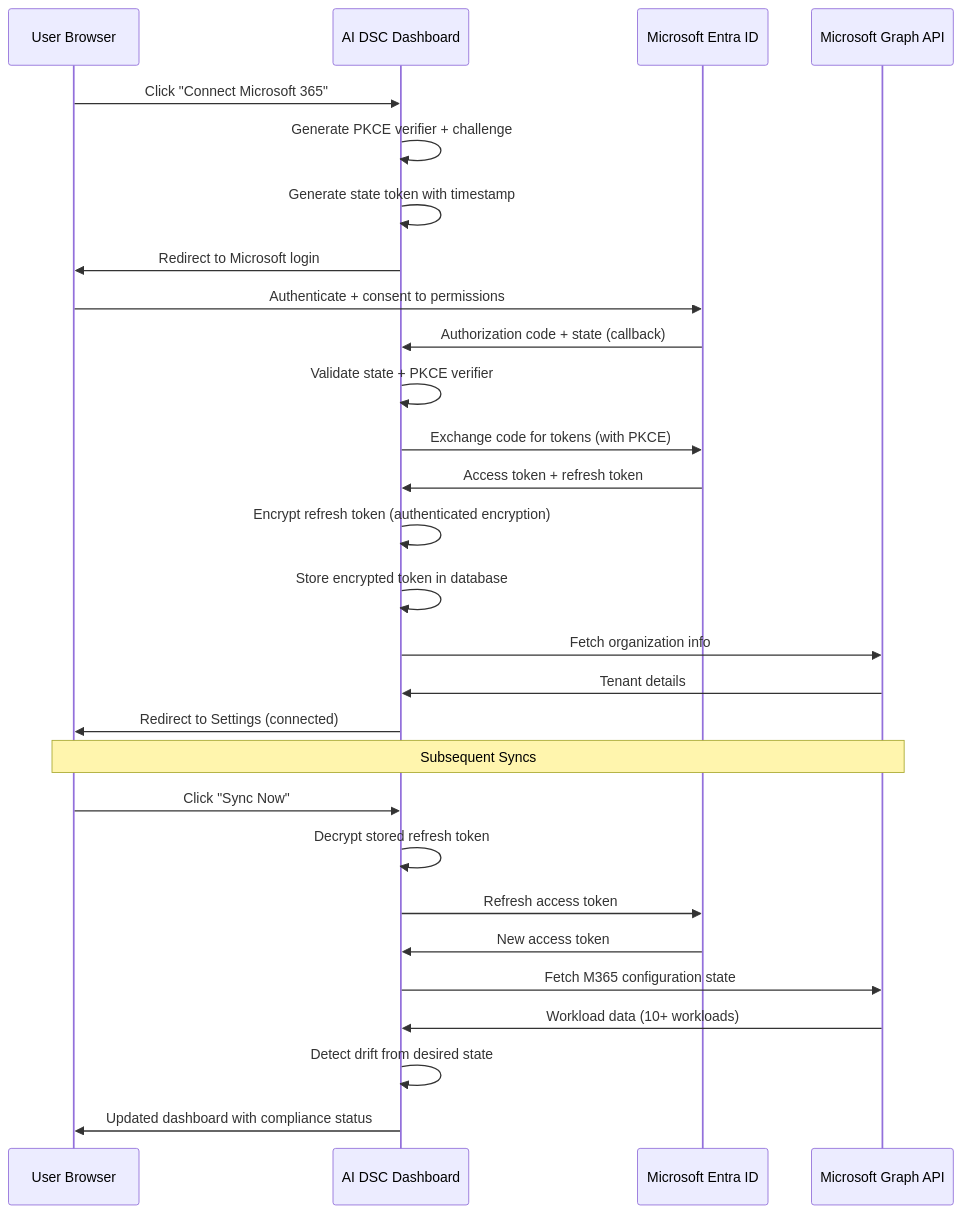
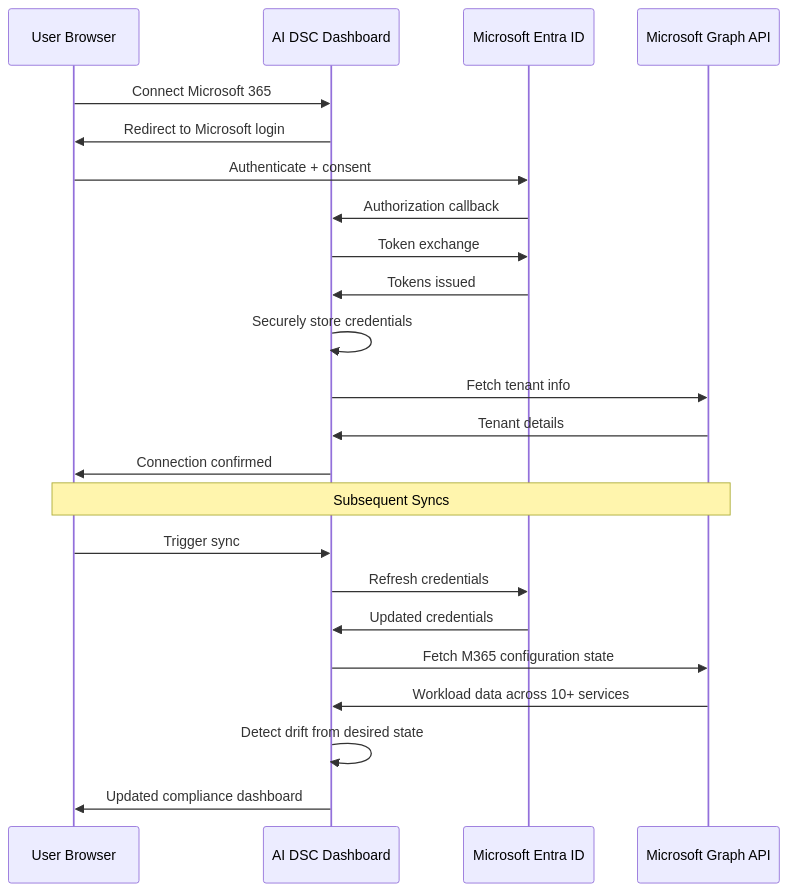
Before and after one commit to justinericsnyder/M365DSCDash: the second of 6 diagrams in README.md, drawn with Mermaid. The commit also changed other lines of this file, not shown here.

Commit message:
docs: harden OAuth2 flow and security diagrams — remove implementation details, strategies, thresholds, storage patterns

````diff
--- a/README.md
+++ b/README.md
@@ -136,37 +137,28 @@
 ```mermaid
 sequenceDiagram
     participant User as User Browser
     participant App as AI DSC Dashboard
     participant Entra as Microsoft Entra ID
     participant Graph as Microsoft Graph API
 
-    User->>App: Click "Connect Microsoft 365"
-    App->>App: Generate PKCE verifier + challenge
-    App->>App: Generate state token with timestamp
+    User->>App: Connect Microsoft 365
     App->>User: Redirect to Microsoft login
-
-    User->>Entra: Authenticate + consent to permissions
-    Entra->>App: Authorization code + state (callback)
-
-    App->>App: Validate state + PKCE verifier
-    App->>Entra: Exchange code for tokens (with PKCE)
-    Entra->>App: Access token + refresh token
-
-    App->>App: Encrypt refresh token (authenticated encryption)
-    App->>App: Store encrypted token in database
-    App->>Graph: Fetch organization info
+    User->>Entra: Authenticate + consent
+    Entra->>App: Authorization callback
+    App->>Entra: Token exchange
+    Entra->>App: Tokens issued
+    App->>App: Securely store credentials
+    App->>Graph: Fetch tenant info
     Graph->>App: Tenant details
-
-    App->>User: Redirect to Settings (connected)
+    App->>User: Connection confirmed
 
     Note over User,Graph: Subsequent Syncs
 
-    User->>App: Click "Sync Now"
-    App->>App: Decrypt stored refresh token
-    App->>Entra: Refresh access token
-    Entra->>App: New access token
+    User->>App: Trigger sync
+    App->>Entra: Refresh credentials
+    Entra->>App: Updated credentials
     App->>Graph: Fetch M365 configuration state
-    Graph->>App: Workload data (10+ workloads)
+    Graph->>App: Workload data across 10+ services
     App->>App: Detect drift from desired state
-    App->>User: Updated dashboard with compliance status
+    App->>User: Updated compliance dashboard
 ```
````
